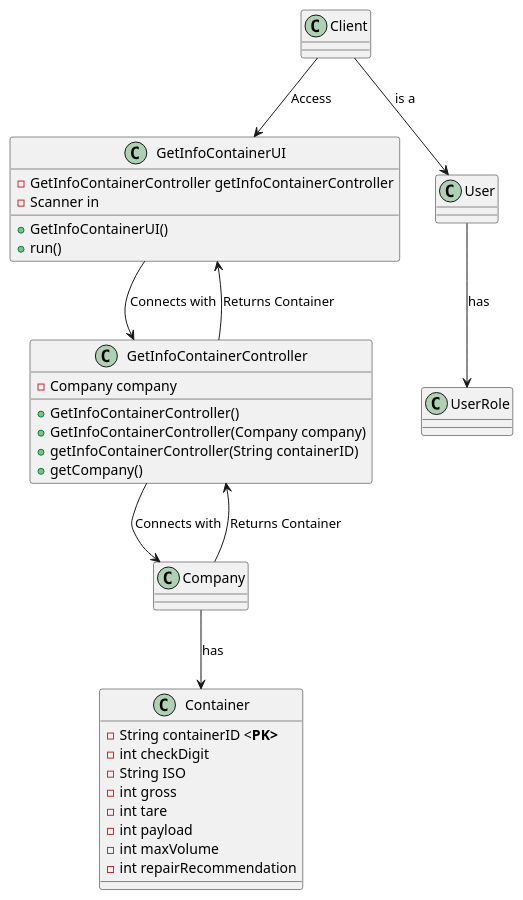
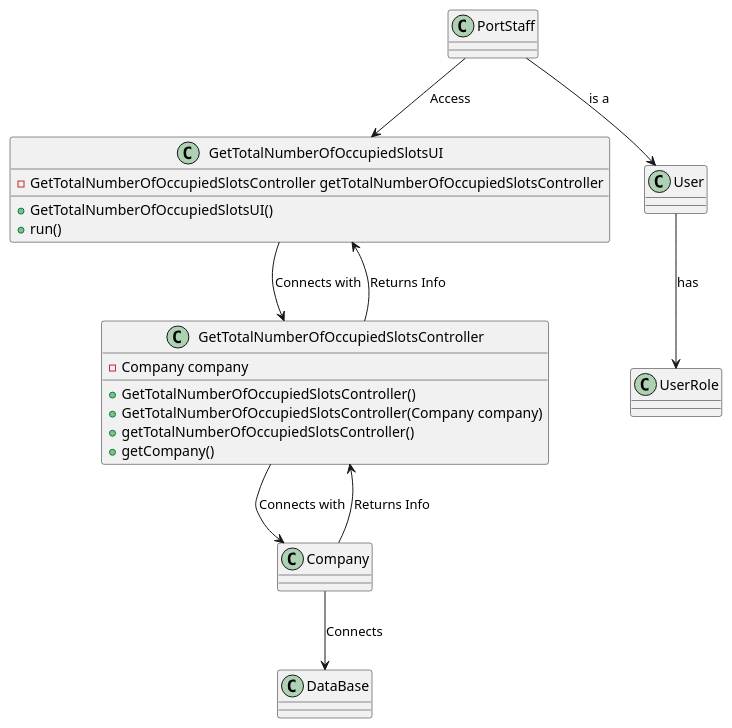
Before and after one commit to LourencoMelo/ISEP-LAPR3-ESINF: the diagram in Docs/Sprint3/US316/cd.puml, drawn with PlantUML. The commit also changed 12 other files, not shown here.

```diff
--- a/Docs/Sprint3/US316/cd.puml
+++ b/Docs/Sprint3/US316/cd.puml
@@ -1,56 +1,42 @@
 @startuml
 
-class Container {
-
-    -String containerID <<b>PK>
-    -int checkDigit
-    -String ISO
-    -int gross
-    -int tare
-    -int payload
-    -int maxVolume
-    -int repairRecommendation
-
-}
-
-class Client{
+class PortStaff{
 
 }
 
 class User{
 
 }
 
 class UserRole{
 
 }
 
 class Company{
 
 }
 
-class GetInfoContainerUI{
-    -GetInfoContainerController getInfoContainerController
-    -Scanner in
-    +GetInfoContainerUI()
+class GetTotalNumberOfOccupiedSlotsUI{
+    -GetTotalNumberOfOccupiedSlotsController getTotalNumberOfOccupiedSlotsController
+    +GetTotalNumberOfOccupiedSlotsUI()
     +run()
 }
 
-class GetInfoContainerController{
+class GetTotalNumberOfOccupiedSlotsController{
     -Company company
-    +GetInfoContainerController()
-    +GetInfoContainerController(Company company)
-    +getInfoContainerController(String containerID)
+    +GetTotalNumberOfOccupiedSlotsController()
+    +GetTotalNumberOfOccupiedSlotsController(Company company)
+    +getTotalNumberOfOccupiedSlotsController()
     +getCompany()
 }
 
-Client --> GetInfoContainerUI : Access
-GetInfoContainerUI -down-> GetInfoContainerController : Connects with
-Client --> User : is a
+PortStaff --> GetTotalNumberOfOccupiedSlotsUI : Access
+GetTotalNumberOfOccupiedSlotsUI -down-> GetTotalNumberOfOccupiedSlotsController : Connects with
+PortStaff --> User : is a
 User --> UserRole : has
-GetInfoContainerController -up-> GetInfoContainerUI : Returns Container
-GetInfoContainerController --> Company : Connects with
-Company --> GetInfoContainerController : Returns Container
-Company --> Container : has
+GetTotalNumberOfOccupiedSlotsController -up-> GetTotalNumberOfOccupiedSlotsUI : Returns Info
+GetTotalNumberOfOccupiedSlotsController --> Company : Connects with
+Company --> GetTotalNumberOfOccupiedSlotsController : Returns Info
+Company --> DataBase : Connects
 
 @enduml
```
